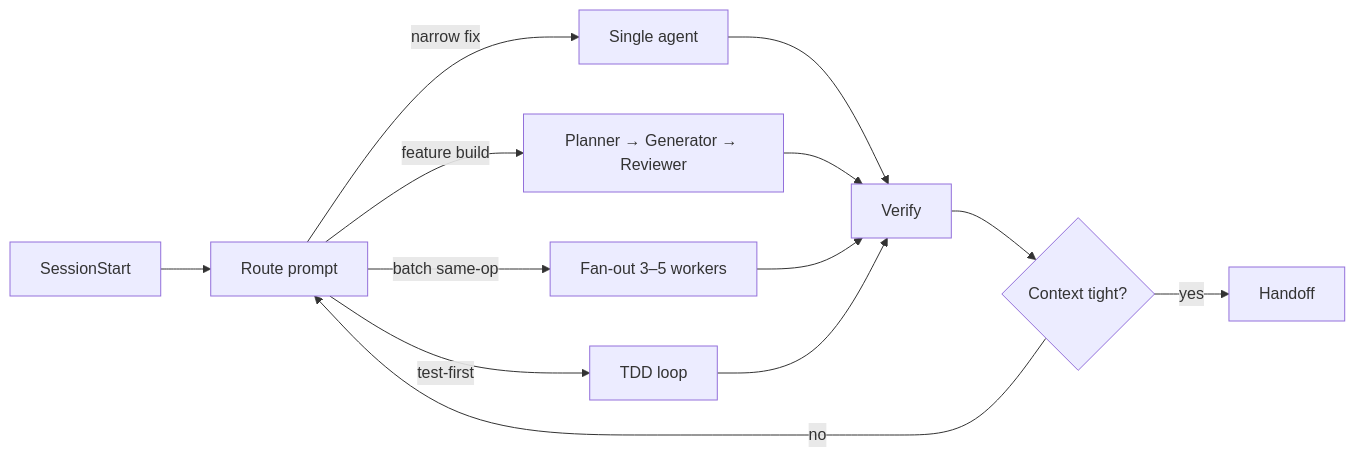
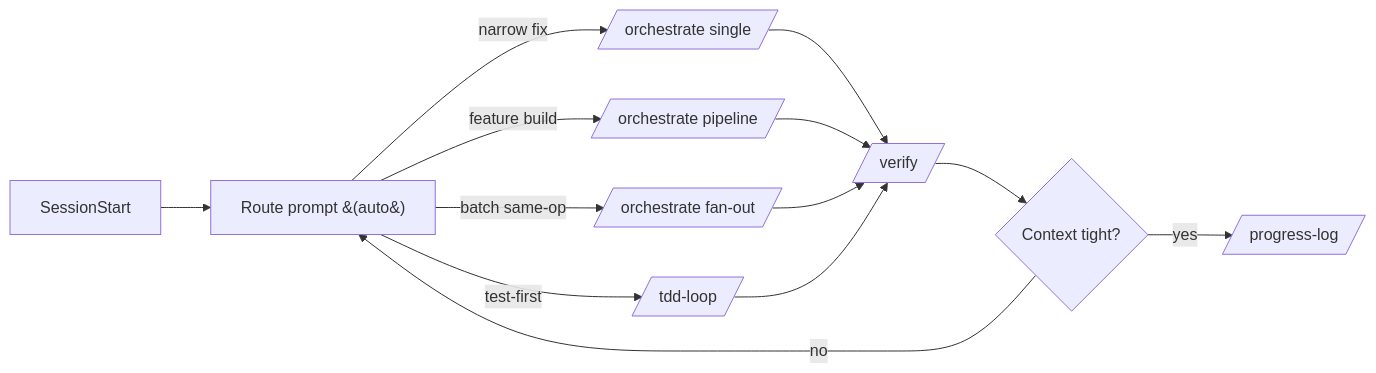
The diagram in docs/agentic-workflow.md (ArtMin96/forge-studio), drawn with Mermaid before and after one commit. The commit also changed other lines of this file and 2 other files, not shown here.

Commit message:
docs: clarify workflow router is advisory, not auto-dispatch
route-prompt.sh prints text suggestions; never invokes a skill on its own.
Earlier docs ('zero manual commands on the happy path', 'Pattern auto-selected',
'nudge /dispatch -> planner->generator->reviewer') overstated automation and
left users expecting an orchestrator that never started.

- docs/agentic-workflow.md: reframe intro + flowchart caption to mark which
  hops are automatic vs user-typed; downstream boxes now show /commands
- plugins/workflow/LIFECYCLE.md: replace 'nudge /dispatch -> chain' with
  'recommend /orchestrate pipeline'; replace 'Pattern auto-selected' with
  'Pattern recommended (advisory text - user invokes the chosen skill)'
- README.md: 'auto-routing' -> 'advisory routing (recommends /orchestrate
  / /tdd-loop / /fan-out per prompt)'

````diff
--- a/docs/agentic-workflow.md
+++ b/docs/agentic-workflow.md
@@ -29,15 +31,15 @@
 ```mermaid
 flowchart LR
-  A[SessionStart] --> B[Route prompt]
-  B -->|narrow fix| C[Single agent]
-  B -->|feature build| D[Planner → Generator → Reviewer]
-  B -->|batch same-op| E[Fan-out 3–5 workers]
-  B -->|test-first| F[TDD loop]
-  C --> G[Verify]
+  A[SessionStart] --> B[Route prompt &#40;auto&#41;]
+  B -->|narrow fix| C[/orchestrate single/]
+  B -->|feature build| D[/orchestrate pipeline/]
+  B -->|batch same-op| E[/orchestrate fan-out/]
+  B -->|test-first| F[/tdd-loop/]
+  C --> G[/verify/]
   D --> G
   E --> G
   F --> G
   G --> H{Context tight?}
-  H -->|yes| I[Handoff]
+  H -->|yes| I[/progress-log/]
   H -->|no| B
 ```
````
